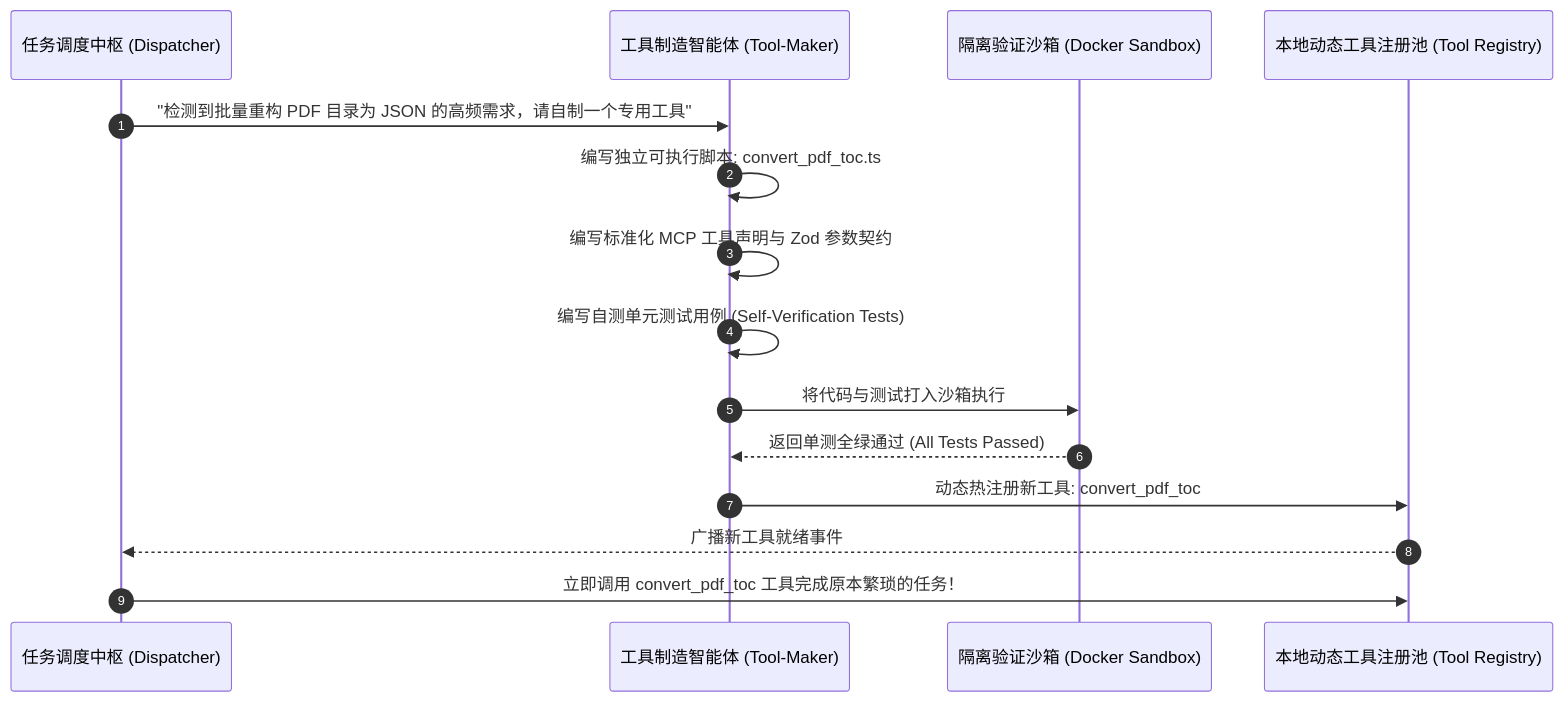
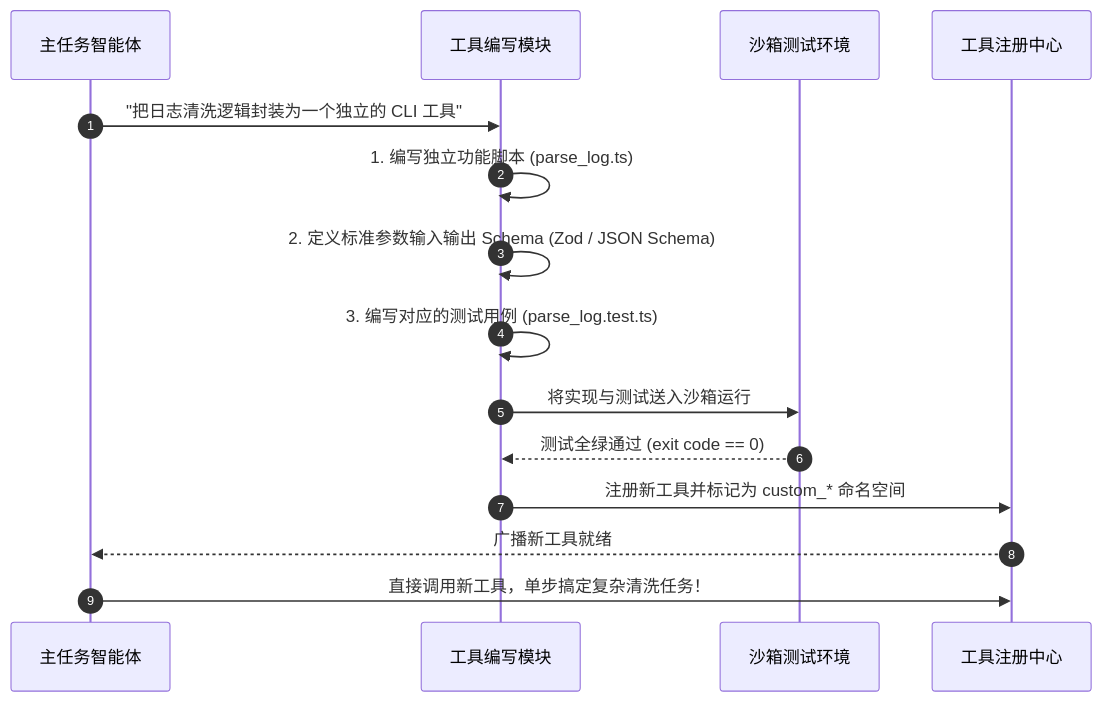
Before and after one commit to ljh12138164/ai-agent-study: the second of 2 diagrams in app/ch09-evolution/03-tool-self-synthesis/page.mdx, drawn with Mermaid. The commit also changed other lines of this file and 43 other files, not shown here.

````diff
--- a/app/ch09-evolution/03-tool-self-synthesis/page.mdx
+++ b/app/ch09-evolution/03-tool-self-synthesis/page.mdx
@@ -37,20 +39,20 @@
 ```mermaid
 sequenceDiagram
     autonumber
-    participant TaskAgent as 任务调度中枢 (Dispatcher)
-    participant Maker as 工具制造智能体 (Tool-Maker)
-    participant Sandbox as 隔离验证沙箱 (Docker Sandbox)
-    participant Registry as 本地动态工具注册池 (Tool Registry)
+    participant Agent as 主任务智能体
+    participant ToolMaker as 工具编写模块
+    participant Sandbox as 沙箱测试环境
+    participant Registry as 工具注册中心
 
-    TaskAgent->>Maker: "检测到批量重构 PDF 目录为 JSON 的高频需求，请自制一个专用工具"
-    Maker->>Maker: 编写独立可执行脚本: convert_pdf_toc.ts
-    Maker->>Maker: 编写标准化 MCP 工具声明与 Zod 参数契约
-    Maker->>Maker: 编写自测单元测试用例 (Self-Verification Tests)
+    Agent->>ToolMaker: "把日志清洗逻辑封装为一个独立的 CLI 工具"
+    ToolMaker->>ToolMaker: 1. 编写独立功能脚本 (parse_log.ts)
+    ToolMaker->>ToolMaker: 2. 定义标准参数输入输出 Schema (Zod / JSON Schema)
+    ToolMaker->>ToolMaker: 3. 编写对应的测试用例 (parse_log.test.ts)
     
-    Maker->>Sandbox: 将代码与测试打入沙箱执行
-    Sandbox-->>Maker: 返回单测全绿通过 (All Tests Passed)
+    ToolMaker->>Sandbox: 将实现与测试送入沙箱运行
+    Sandbox-->>ToolMaker: 测试全绿通过 (exit code == 0)
     
-    Maker->>Registry: 动态热注册新工具: convert_pdf_toc
-    Registry-->>TaskAgent: 广播新工具就绪事件
-    TaskAgent->>Registry: 立即调用 convert_pdf_toc 工具完成原本繁琐的任务！
+    ToolMaker->>Registry: 注册新工具并标记为 custom_* 命名空间
+    Registry-->>Agent: 广播新工具就绪
+    Agent->>Registry: 直接调用新工具，单步搞定复杂清洗任务！
 ```
````
